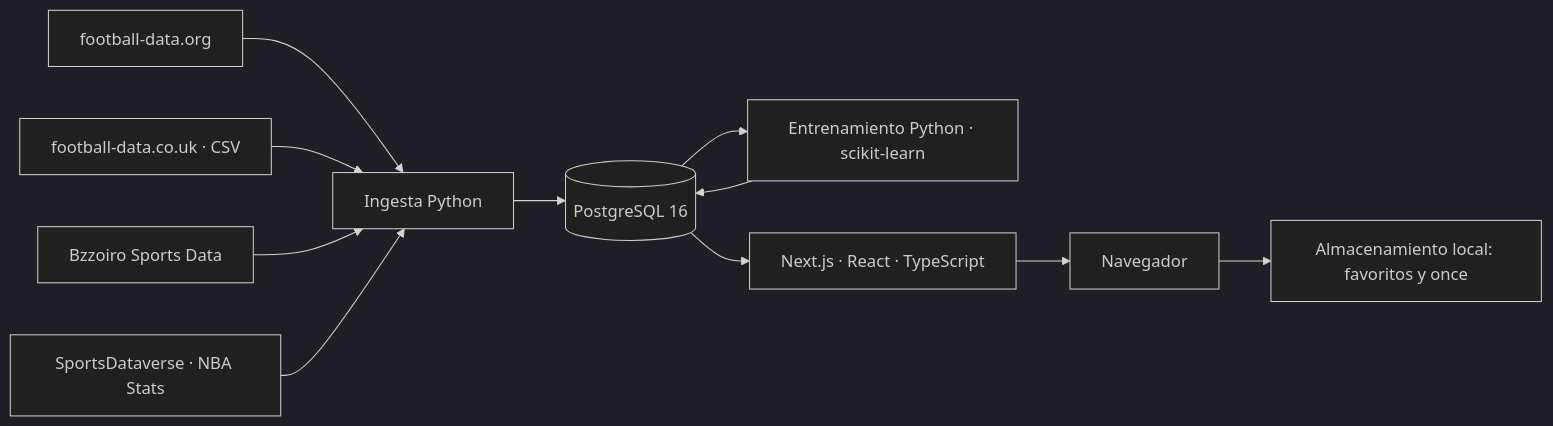
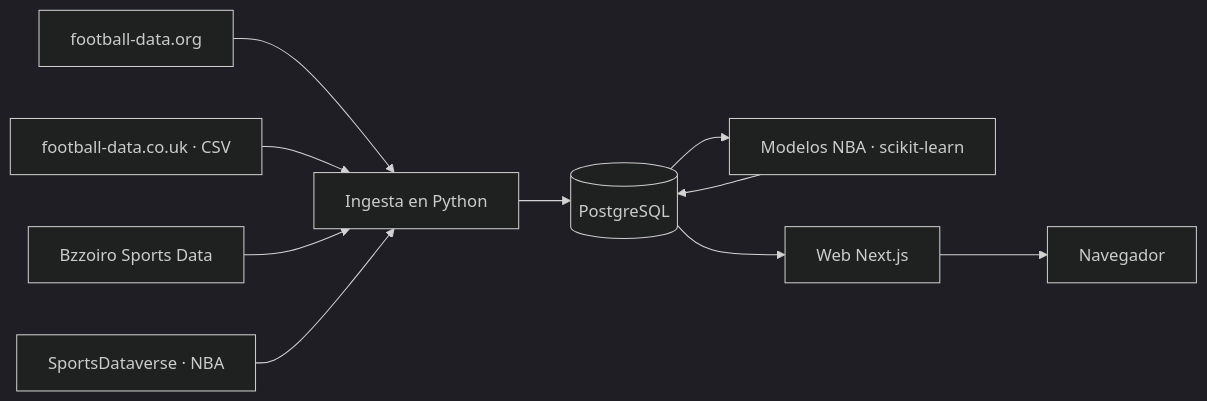
One commit to liamanderson873/Dashboard-Deportes changed the diagram in README.md. Above: the diagram before and after it, drawn with Mermaid (dark theme). The commit also changed other lines of this file and 30 other files, not shown here.

````diff
--- a/README.md
+++ b/README.md
@@ -75,13 +60,12 @@
 ```mermaid
 flowchart LR
-  A[football-data.org] --> P[Ingesta Python]
+  A[football-data.org] --> P[Ingesta en Python]
   B[football-data.co.uk · CSV] --> P
   C[Bzzoiro Sports Data] --> P
-  S[SportsDataverse · NBA Stats] --> P
-  P --> D[(PostgreSQL 16)]
-  D --> M[Entrenamiento Python · scikit-learn]
+  S[SportsDataverse · NBA] --> P
+  P --> D[(PostgreSQL)]
+  D --> M[Modelos NBA · scikit-learn]
   M --> D
-  D --> W[Next.js · React · TypeScript]
+  D --> W[Web Next.js]
   W --> N[Navegador]
-  N --> L[Almacenamiento local: favoritos y once]
 ```
````
